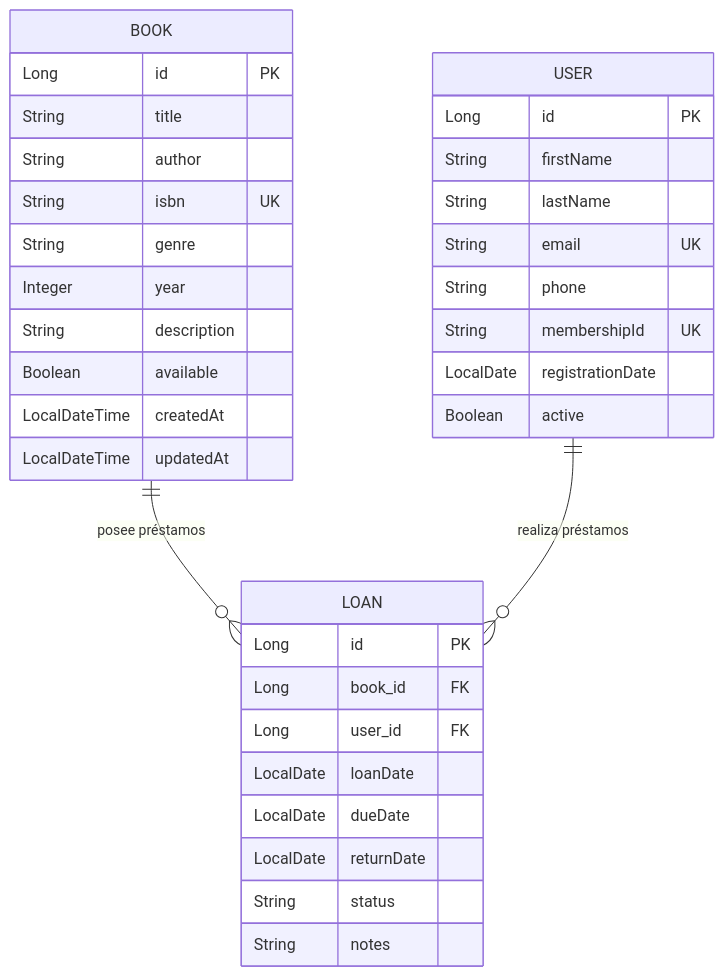
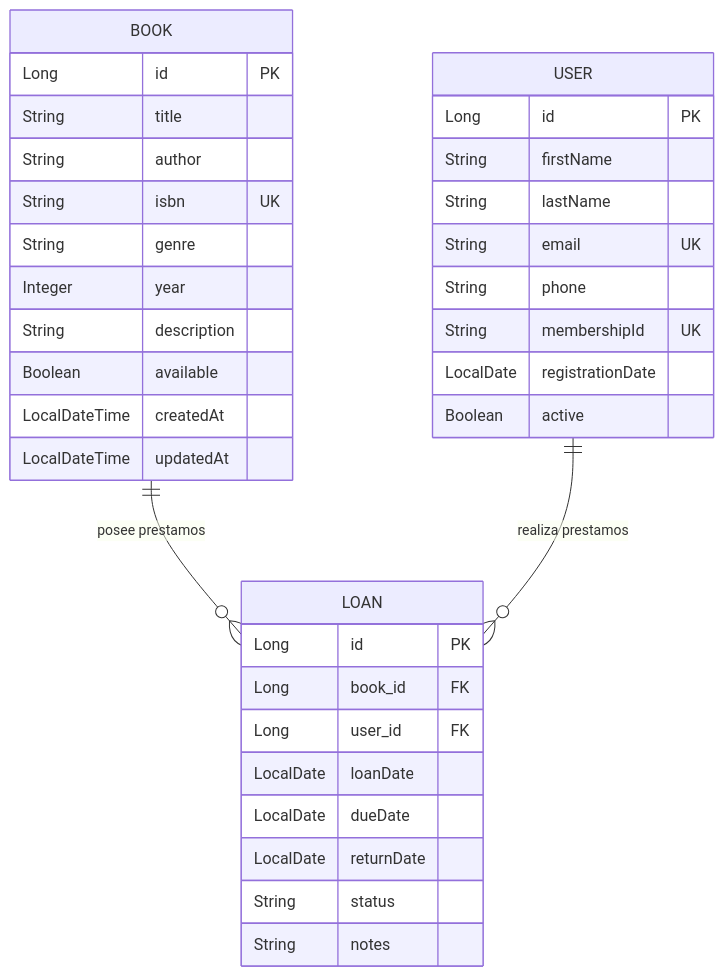
The second of 2 diagrams in README.md (JohanM158/MVLBiblioteca), drawn with Mermaid before and after one commit. The commit also changed other lines of this file, not shown here.

Commit message:
docs: improve README with detailed architecture, endpoints and methodology note

````diff
--- a/README.md
+++ b/README.md
@@ -86,40 +135,40 @@
 ```mermaid
 erDiagram
-    BOOK ||--o{ LOAN : "posee préstamos"
-    USER ||--o{ LOAN : "realiza préstamos"
+    BOOK ||--o{ LOAN : "posee prestamos"
+    USER ||--o{ LOAN : "realiza prestamos"
 
     BOOK {
         Long id PK
         String title
         String author
         String isbn UK
         String genre
         Integer year
         String description
         Boolean available
         LocalDateTime createdAt
         LocalDateTime updatedAt
     }
 
     USER {
         Long id PK
         String firstName
         String lastName
         String email UK
         String phone
         String membershipId UK
         LocalDate registrationDate
         Boolean active
     }
 
     LOAN {
         Long id PK
         Long book_id FK
         Long user_id FK
         LocalDate loanDate
         LocalDate dueDate
         LocalDate returnDate
         String status
         String notes
     }
 ```
````
